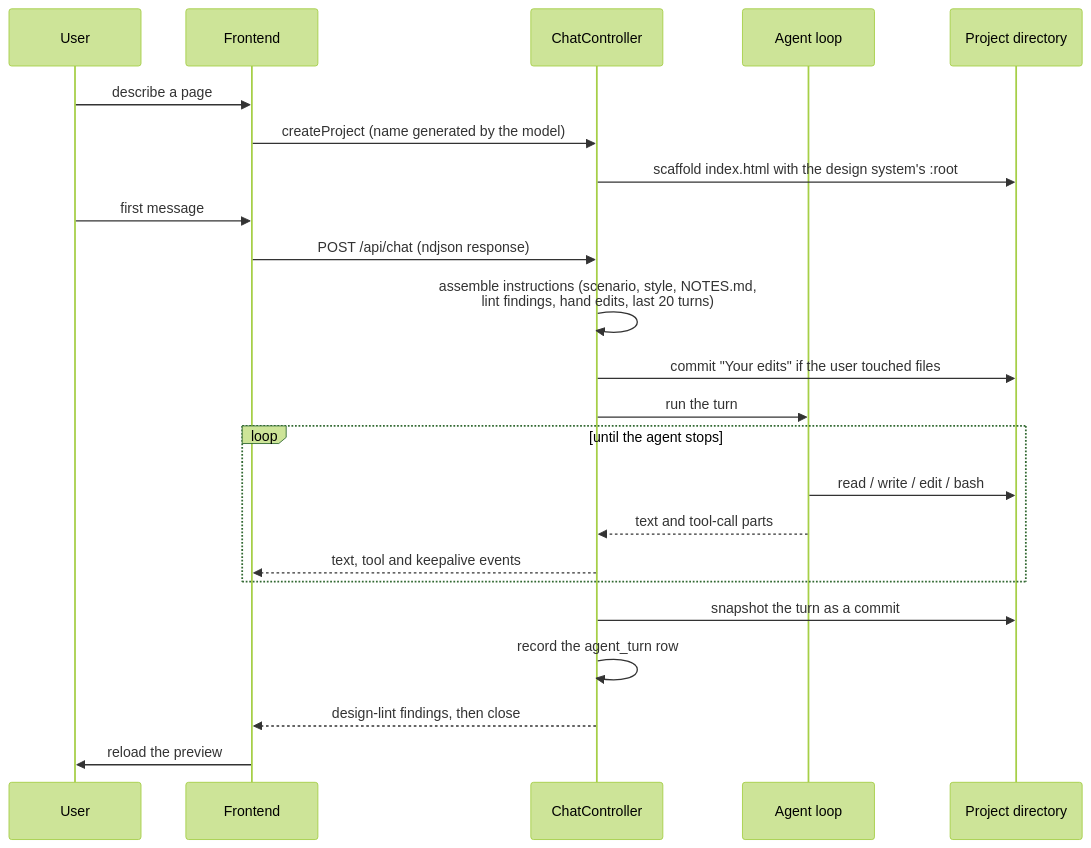
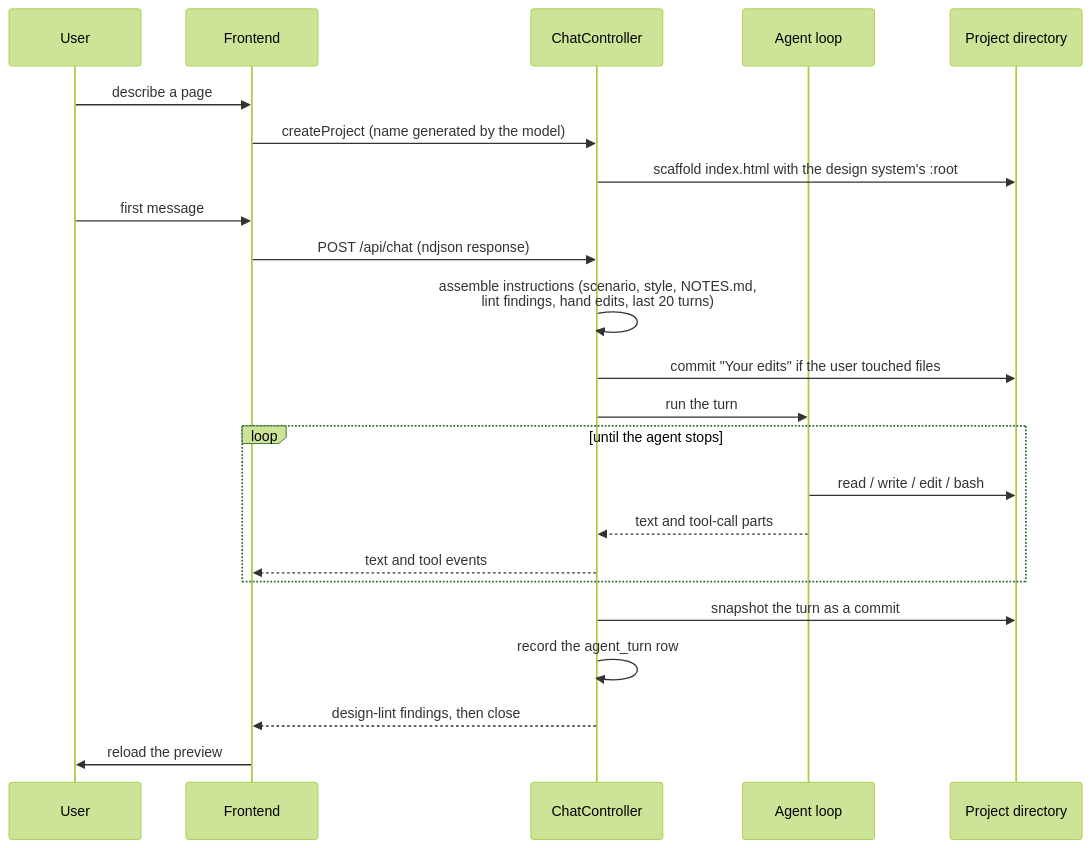
The diagram in README.md (CodeFox-Repo/codefox), drawn with Mermaid (forest theme) before and after one commit. The commit also changed 2 other files, not shown here.

Commit message:
Revert "fix: keep the agent stream alive through a silent think"
This reverts commit f46357a. The task was recording the demo, not changing
backend behaviour; the stream change does not belong in this branch.

Known consequence: on a stock `pnpm dev`, a turn still dies about forty
seconds in whenever the agent thinks quietly for ~30s, because Next's dev
proxy hangs up on an idle response and the backend reads that as the client
leaving. `pnpm demo:flow` cannot finish a build under that. The committed
demo was recorded with the keepalive in place.

````diff
--- a/README.md
+++ b/README.md
@@ -151,26 +151,26 @@
 ```mermaid
 sequenceDiagram
     participant User
     participant Web as Frontend
     participant API as ChatController
     participant Agent as Agent loop
     participant Dir as Project directory
 
     User->>Web: describe a page
     Web->>API: createProject (name generated by the model)
     API->>Dir: scaffold index.html with the design system's :root
     User->>Web: first message
     Web->>API: POST /api/chat (ndjson response)
     API->>API: assemble instructions (scenario, style, NOTES.md,<br/>lint findings, hand edits, last 20 turns)
     API->>Dir: commit "Your edits" if the user touched files
     API->>Agent: run the turn
     loop until the agent stops
         Agent->>Dir: read / write / edit / bash
         Agent-->>API: text and tool-call parts
-        API-->>Web: text, tool and keepalive events
+        API-->>Web: text and tool events
     end
     API->>Dir: snapshot the turn as a commit
     API->>API: record the agent_turn row
     API-->>Web: design-lint findings, then close
     Web->>User: reload the preview
 ```
````
